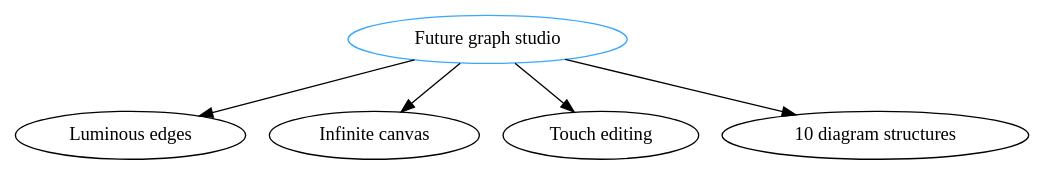
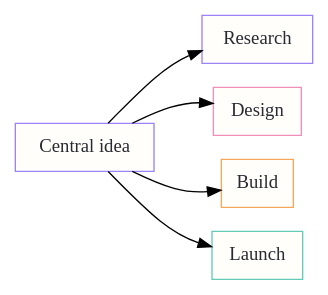
Before and after one commit to JigSawPu/dot-graph-viewer: the diagram in sample.dot, drawn with Graphviz. The commit also changed 8 other files, not shown here.

```diff
--- a/sample.dot
+++ b/sample.dot
@@ -1,8 +1,13 @@
-digraph FutureMap {
-  core [label="Future graph studio", shape=ellipse, fillcolor="#173452", color="#38a8ff"];
-  visual [label="Luminous edges"];
-  canvas [label="Infinite canvas"];
-  edit [label="Touch editing"];
-  layouts [label="10 diagram structures"];
-  core -> visual; core -> canvas; core -> edit; core -> layouts;
+digraph Project {
+  graph [rankdir=LR, splines=curved];
+  node [shape=box, style=filled, fillcolor="#fffefa", color="#9b82f6", fontcolor="#292a31"];
+  idea [label="Central idea"];
+  research [label="Research", color="#9b82f6"];
+  design [label="Design", color="#ef8fba"];
+  build [label="Build", color="#f3a85e"];
+  launch [label="Launch", color="#63cbb7"];
+  idea -> research;
+  idea -> design;
+  idea -> build;
+  idea -> launch;
 }
```
